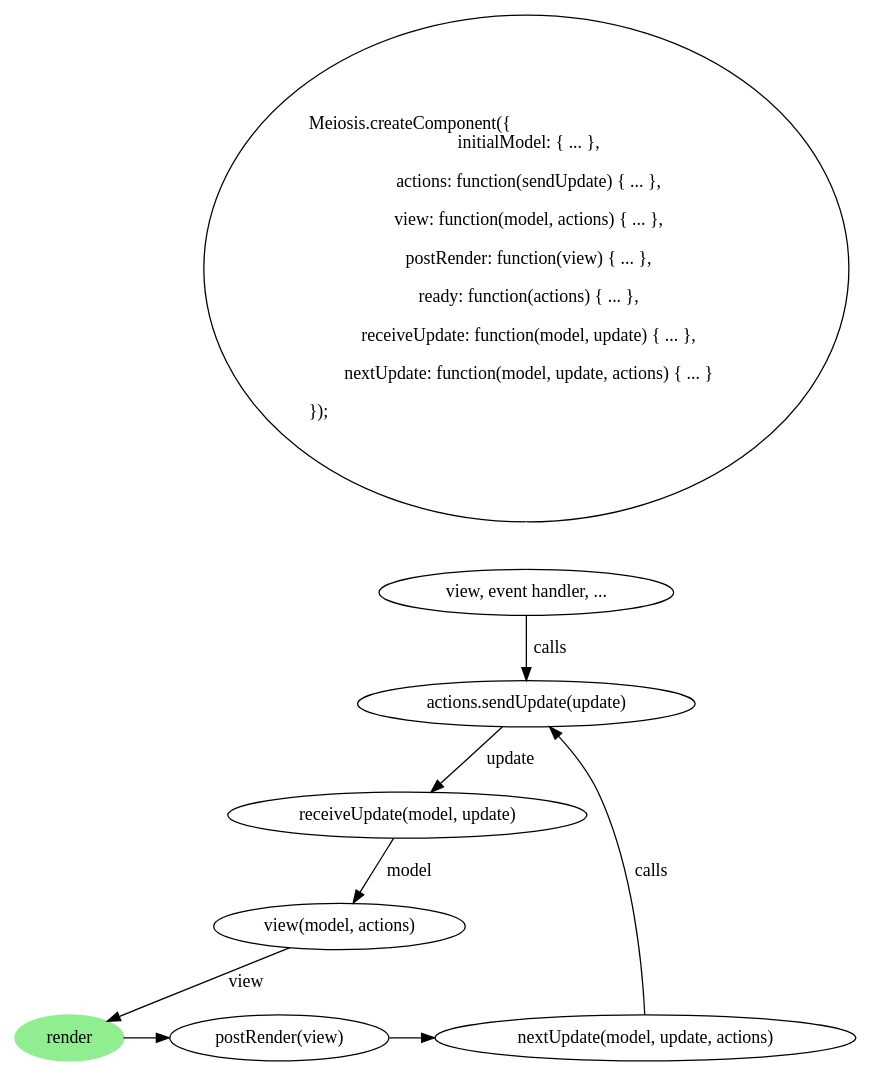
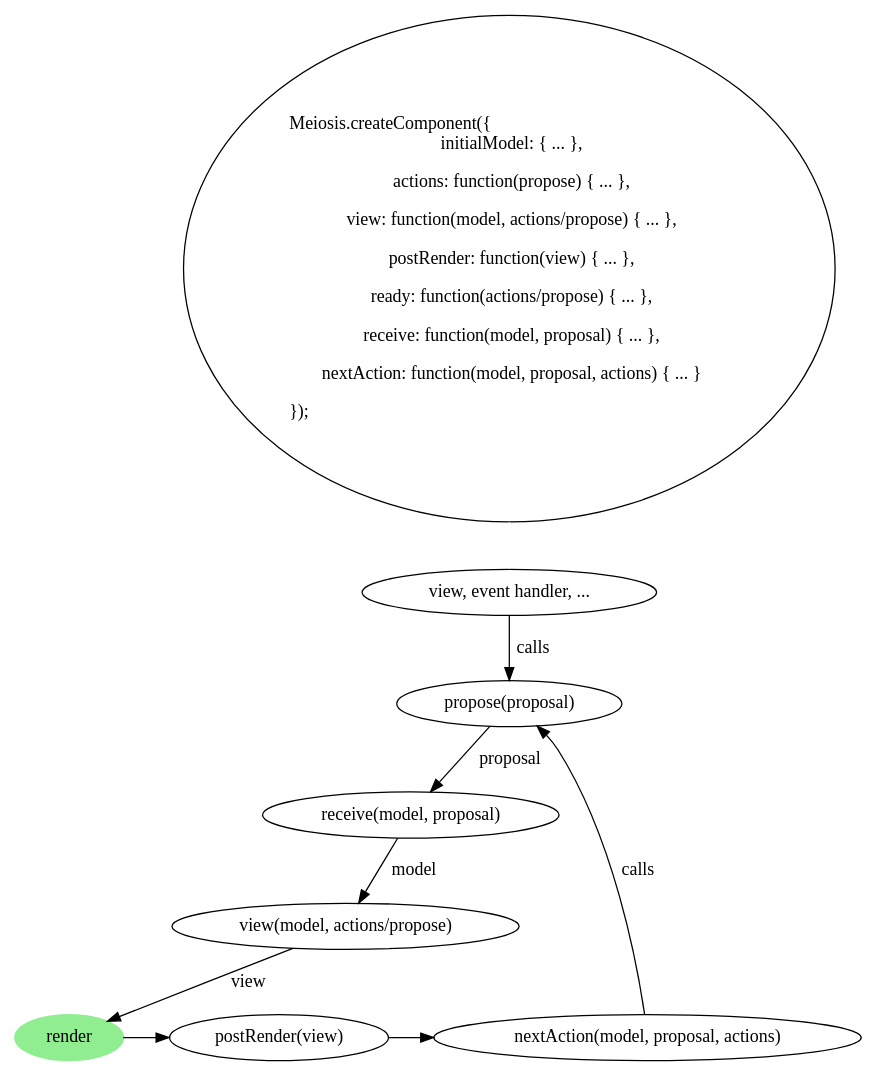
One commit to foxdonut/meiosis-guide changed the diagram in images/meiosis_update.dot. Above: the diagram before and after it, drawn with Graphviz. The commit also changed 3 other files, not shown here.

Commit message:
Update big-picture diagrams.

```diff
--- a/images/meiosis_update.dot
+++ b/images/meiosis_update.dot
@@ -1,29 +1,29 @@
 digraph meiosis_update {
   createComponent [fontname=Hack, label = "\lMeiosis.createComponent(\{\l\ \ initialModel: \{ ... \},
-    \l  actions: function(sendUpdate) \{ ... \},
-    \l  view: function(model, actions) \{ ... \},
+    \l  actions: function(propose) \{ ... \},
+    \l  view: function(model, actions/propose) \{ ... \},
     \l  postRender: function(view) \{ ... \},
-    \l  ready: function(actions) \{ ... \},
-    \l  receiveUpdate: function(model, update) \{ ... \},
-    \l  nextUpdate: function(model, update, actions) \{ ... \}
+    \l  ready: function(actions/propose) \{ ... \},
+    \l  receive: function(model, proposal) \{ ... \},
+    \l  nextAction: function(model, proposal, actions) \{ ... \}
     \l\});\l\l"]
 
   trigger [label = "view, event handler, ..."]
-  sendUpdate [label = "actions.sendUpdate(update)", fontname=Hack]
-  receiveUpdate [label = "receiveUpdate(model, update)", fontname=Hack]
-  view [label = "view(model, actions)", fontname=Hack]
+  propose [label = "propose(proposal)", fontname=Hack]
+  receive [label = "receive(model, proposal)", fontname=Hack]
+  view [label = "view(model, actions/propose)", fontname=Hack]
   render [style=filled, color=lightgreen]
   postRender [label = "postRender(view)", fontname=Hack]
-  nextUpdate [label = "nextUpdate(model, update, actions)", fontname=Hack]
+  nextAction [label = "nextAction(model, proposal, actions)", fontname=Hack]
 
-  {rank=same; render postRender nextUpdate}
+  {rank=same; render postRender nextAction}
 
   createComponent -> trigger [arrowhead=none, arrowtail=empty, color=white]
-  trigger -> sendUpdate [label = " calls"]
-  sendUpdate -> receiveUpdate [label = " update"]
-  receiveUpdate -> view [label = " model"]
+  trigger -> propose [label = " calls"]
+  propose -> receive [label = " proposal"]
+  receive -> view [label = " model"]
   view -> render [label = " view"]
   render -> postRender
-  postRender -> nextUpdate
-  nextUpdate -> sendUpdate [label = " calls"]
+  postRender -> nextAction
+  nextAction -> propose [label = " calls"]
 }
```
